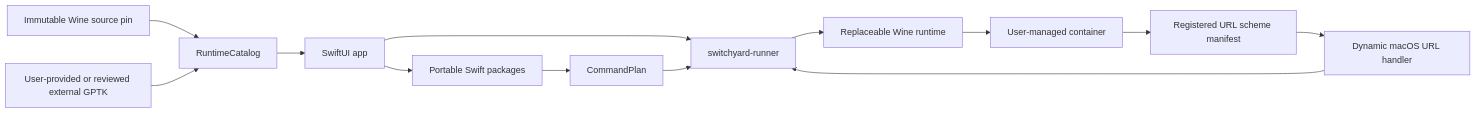
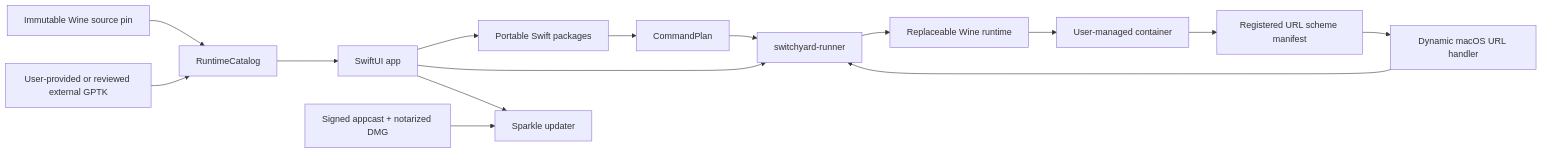
Before and after one commit to jungwuk-ryu/Switchyard: the diagram in docs/architecture.md, drawn with Mermaid. The commit also changed other lines of this file and 22 other files, not shown here.

````diff
--- a/docs/architecture.md
+++ b/docs/architecture.md
@@ -5,15 +5,17 @@
 ```mermaid
 flowchart LR
     UI["SwiftUI app"] --> Packages["Portable Swift packages"]
     UI --> Runner["switchyard-runner"]
     Packages --> Plan["CommandPlan"]
     Plan --> Runner
     Pin["Immutable Wine source pin"] --> Catalog["RuntimeCatalog"]
     Catalog --> UI
     GPTK["User-provided or reviewed external GPTK"] --> Catalog
+    UI --> Updater["Sparkle updater"]
+    Feed["Signed appcast + notarized DMG"] --> Updater
     Runner --> Wine["Replaceable Wine runtime"]
     Wine --> Container["User-managed container"]
     Container --> Manifest["Registered URL scheme manifest"]
     Manifest --> Bridge["Dynamic macOS URL handler"]
     Bridge --> Runner
 ```
````
